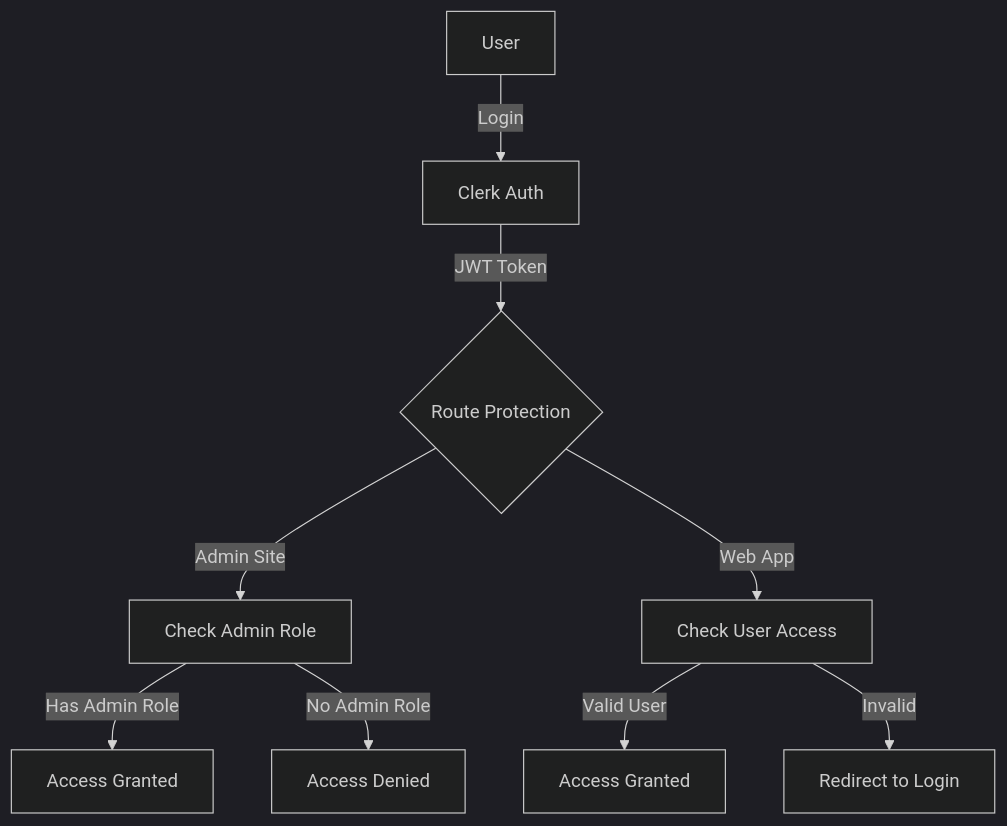
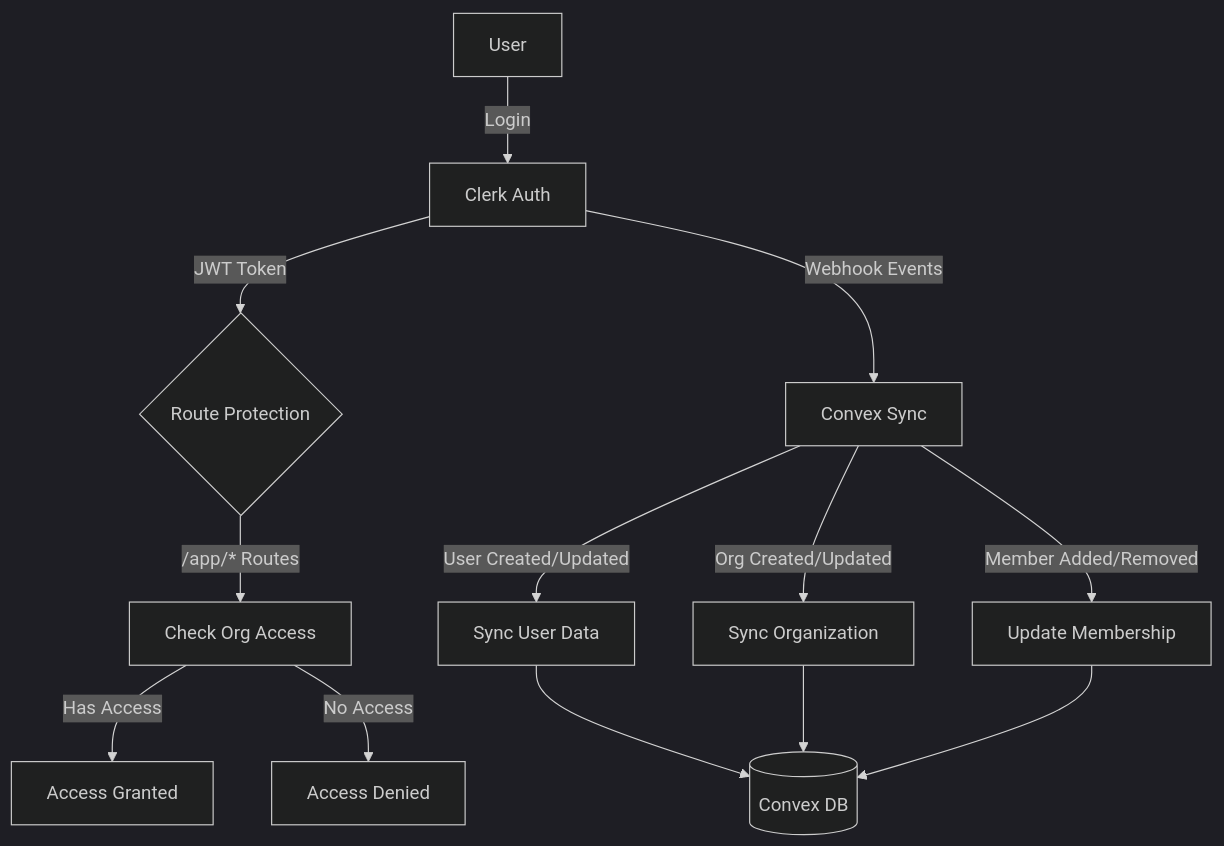
One commit to darrylyip/tanstackstart-convex-clerk-pnpm-monorepo changed the diagram in docs/architecture/authentication-and-authorization.md. Above: the diagram before and after it, drawn with Mermaid (dark theme). The commit also changed other lines of this file and 92 other files, not shown here.

````diff
--- a/docs/architecture/authentication-and-authorization.md
+++ b/docs/architecture/authentication-and-authorization.md
@@ -9,11 +9,15 @@
 ```mermaid
 graph TD
     A[User] -->|Login| B[Clerk Auth]
     B -->|JWT Token| C{Route Protection}
-    C -->|Admin Site| D[Check Admin Role]
-    C -->|Web App| E[Check User Access]
-    D -->|Has Admin Role| F[Access Granted]
-    D -->|No Admin Role| G[Access Denied]
-    E -->|Valid User| H[Access Granted]
-    E -->|Invalid| I[Redirect to Login]
+    B -->|Webhook Events| D[Convex Sync]
+    D -->|User Created/Updated| E[Sync User Data]
+    D -->|Org Created/Updated| F[Sync Organization]
+    D -->|Member Added/Removed| G[Update Membership]
+    C -->|/app/* Routes| H[Check Org Access]
+    H -->|Has Access| I[Access Granted]
+    H -->|No Access| J[Access Denied]
+    E --> K[(Convex DB)]
+    F --> K
+    G --> K
 ```
````
